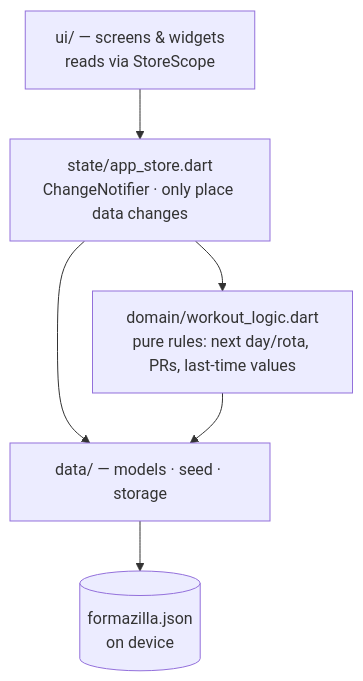
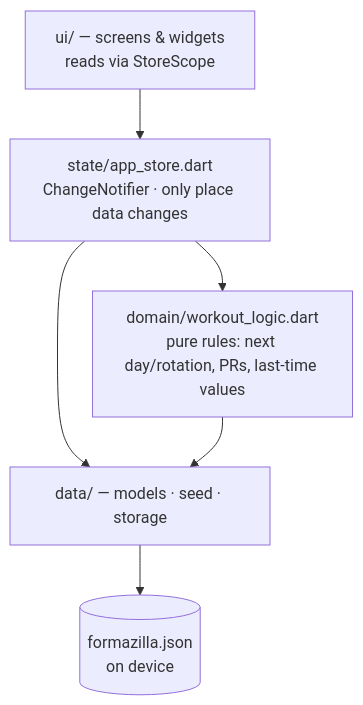
The second of 2 diagrams in README.md (osamaayman1005/formazilla), drawn with Mermaid before and after one commit. The commit also changed other lines of this file and 18 other files, not shown here.

First line of the commit message:
Rename rota to rotation; plan custom splits

````diff
--- a/README.md
+++ b/README.md
@@ -81,8 +81,8 @@
 ```mermaid
 flowchart TB
     UI["ui/ — screens & widgets<br/>reads via StoreScope"] --> State["state/app_store.dart<br/>ChangeNotifier · only place data changes"]
-    State --> Domain["domain/workout_logic.dart<br/>pure rules: next day/rota, PRs, last-time values"]
+    State --> Domain["domain/workout_logic.dart<br/>pure rules: next day/rotation, PRs, last-time values"]
     State --> Data["data/ — models · seed · storage"]
     Domain --> Data
     Data --> Disk[("formazilla.json<br/>on device")]
 ```
````
